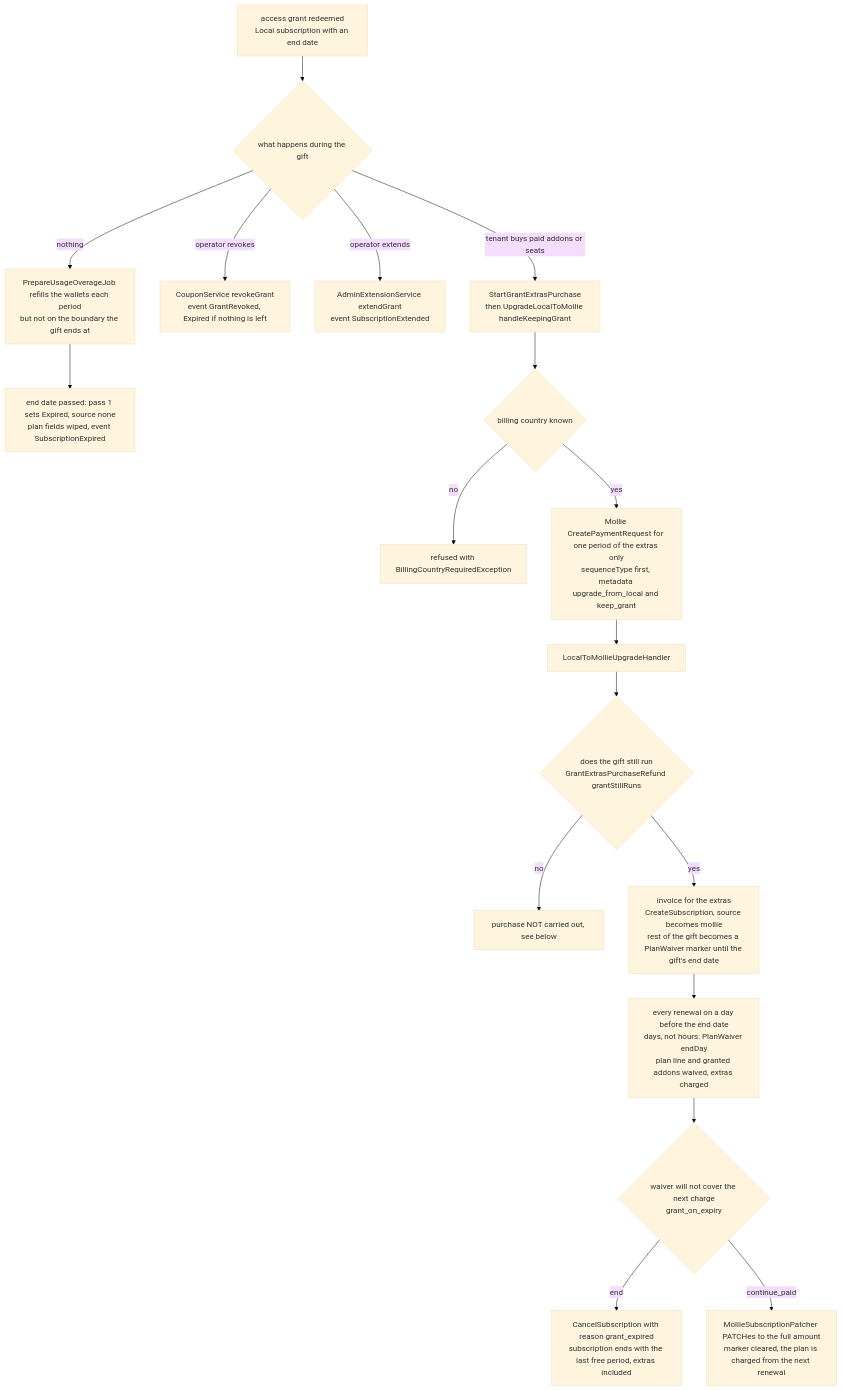
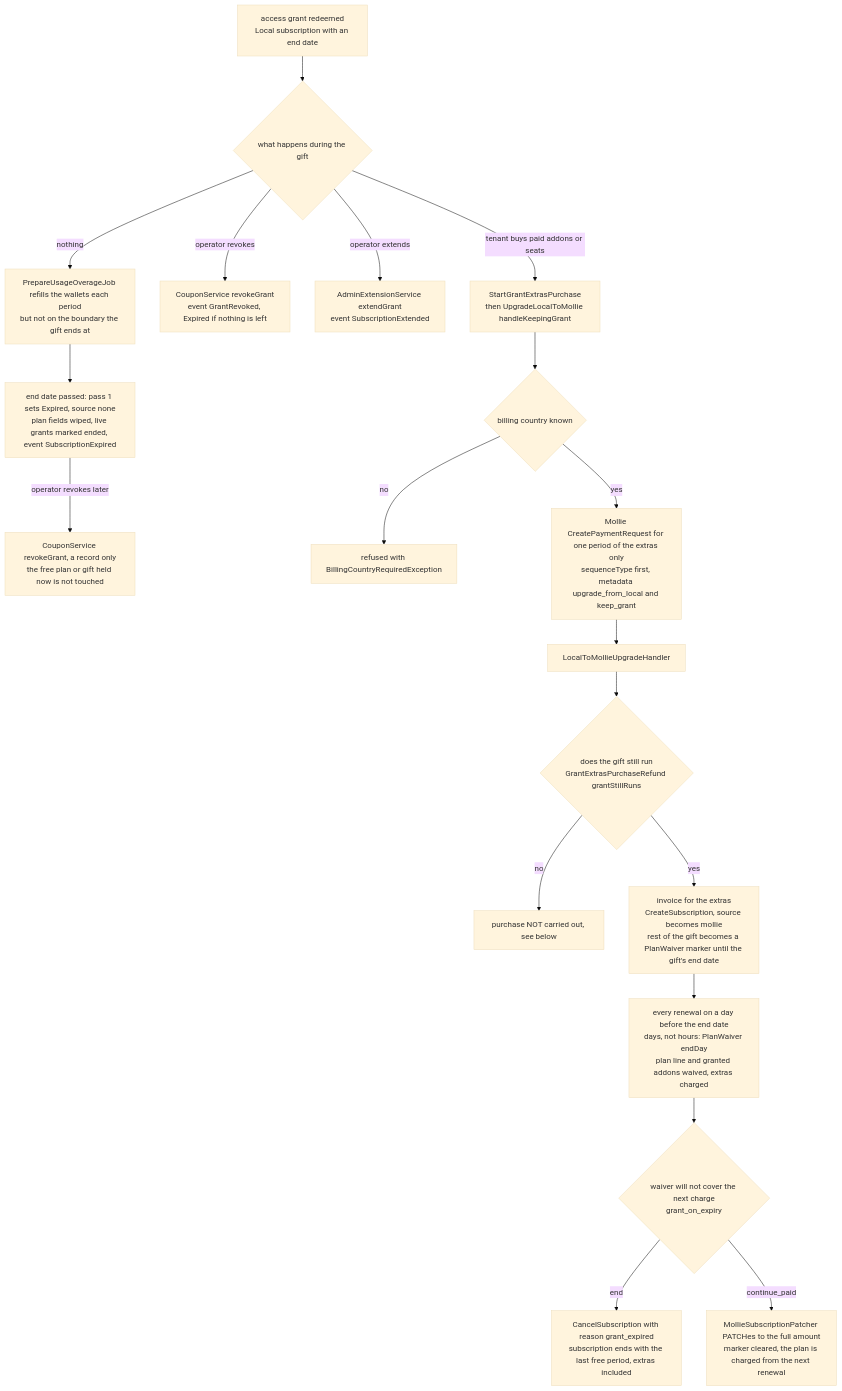
Diagram 12 of 29 in docs/flows.md (GraystackIT/laravel-mollie-billing), drawn with Mermaid (base theme) before and after one commit. The commit also changed other lines of this file and 256 other files, not shown here.

````diff
--- a/docs/flows.md
+++ b/docs/flows.md
@@ -534,20 +578,21 @@
 ```mermaid
 flowchart TD
     A["access grant redeemed<br/>Local subscription with an end date"] --> B{"what happens during the gift"}
     B -->|"nothing"| C["PrepareUsageOverageJob refills the wallets each period<br/>but not on the boundary the gift ends at"]
-    C --> D["end date passed: pass 1 sets Expired, source none<br/>plan fields wiped, event SubscriptionExpired"]
+    C --> D["end date passed: pass 1 sets Expired, source none<br/>plan fields wiped, live grants marked ended, event SubscriptionExpired"]
+    D -->|"operator revokes later"| D2["CouponService revokeGrant, a record only<br/>the free plan or gift held now is not touched"]
     B -->|"operator revokes"| E["CouponService revokeGrant<br/>event GrantRevoked, Expired if nothing is left"]
     B -->|"operator extends"| F["AdminExtensionService extendGrant<br/>event SubscriptionExtended"]
     B -->|"tenant buys paid addons or seats"| G["StartGrantExtrasPurchase<br/>then UpgradeLocalToMollie handleKeepingGrant"]
     G --> H{"billing country known"}
     H -->|"no"| I["refused with BillingCountryRequiredException"]
     H -->|"yes"| J["Mollie CreatePaymentRequest for one period of the extras only<br/>sequenceType first, metadata upgrade_from_local and keep_grant"]
     J --> K["LocalToMollieUpgradeHandler"]
     K --> L{"does the gift still run<br/>GrantExtrasPurchaseRefund grantStillRuns"}
     L -->|"no"| M["purchase NOT carried out, see below"]
     L -->|"yes"| N["invoice for the extras<br/>CreateSubscription, source becomes mollie<br/>rest of the gift becomes a PlanWaiver marker until the gift's end date"]
     N --> O["every renewal on a day before the end date<br/>days, not hours: PlanWaiver endDay<br/>plan line and granted addons waived, extras charged"]
     O --> P{"waiver will not cover the next charge<br/>grant_on_expiry"}
     P -->|"end"| Q["CancelSubscription with reason grant_expired<br/>subscription ends with the last free period, extras included"]
     P -->|"continue_paid"| R["MollieSubscriptionPatcher PATCHes to the full amount<br/>marker cleared, the plan is charged from the next renewal"]
 ```
````
